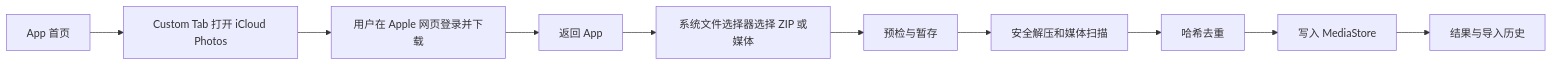
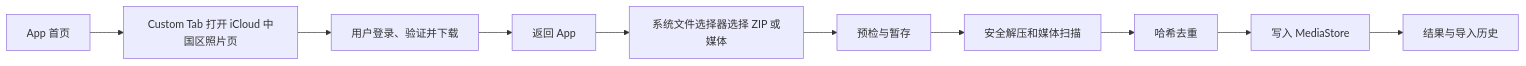
Before and after one commit to Faker1024/icloud-sync: the first of 2 diagrams in docs/DEVELOPMENT.md, drawn with Mermaid. The commit also changed other lines of this file and 3 other files, not shown here.

````diff
--- a/docs/DEVELOPMENT.md
+++ b/docs/DEVELOPMENT.md
@@ -43,12 +43,12 @@
 ```mermaid
 flowchart LR
-    A[App 首页] --> B[Custom Tab 打开 iCloud Photos]
-    B --> C[用户在 Apple 网页登录并下载]
+    A[App 首页] --> B[Custom Tab 打开 iCloud 中国区照片页]
+    B --> C[用户登录、验证并下载]
     C --> D[返回 App]
     D --> E[系统文件选择器选择 ZIP 或媒体]
     E --> F[预检与暂存]
     F --> G[安全解压和媒体扫描]
     G --> H[哈希去重]
     H --> I[写入 MediaStore]
     I --> J[结果与导入历史]
 ```
````
